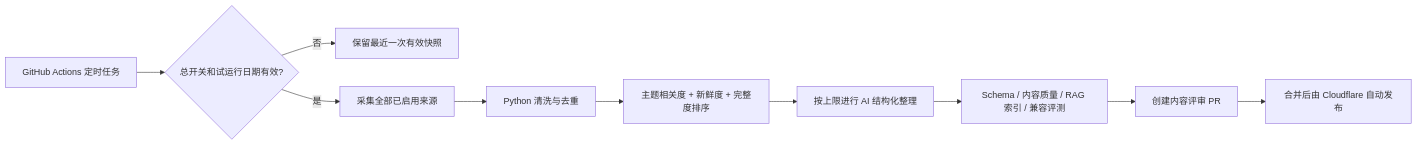
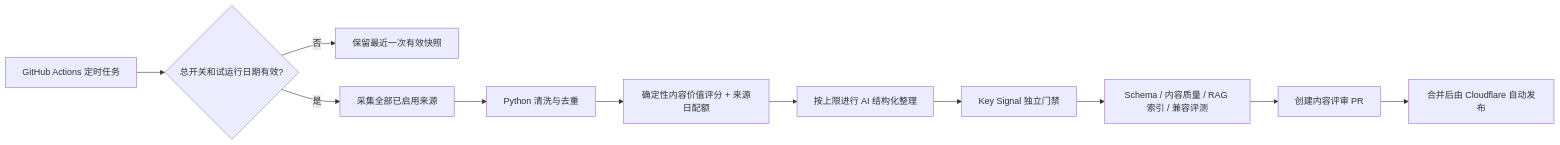
One commit to Dyj0926D/newseviday changed the diagram in docs/内容更新与存储策略.md. Above: the diagram before and after it, drawn with Mermaid. The commit also changed other lines of this file and 21 other files, not shown here.

````diff
--- a/docs/内容更新与存储策略.md
+++ b/docs/内容更新与存储策略.md
@@ -9,12 +9,13 @@
 ```mermaid
 flowchart LR
     Cron["GitHub Actions 定时任务"] --> Switch{"总开关和试运行日期有效?"}
     Switch -- 否 --> Keep["保留最近一次有效快照"]
     Switch -- 是 --> Fetch["采集全部已启用来源"]
     Fetch --> Dedup["Python 清洗与去重"]
-    Dedup --> Rank["主题相关度 + 新鲜度 + 完整度排序"]
+    Dedup --> Rank["确定性内容价值评分 + 来源日配额"]
     Rank --> Enrich["按上限进行 AI 结构化整理"]
-    Enrich --> Validate["Schema / 内容质量 / RAG 索引 / 兼容评测"]
+    Enrich --> Key["Key Signal 独立门禁"]
+    Key --> Validate["Schema / 内容质量 / RAG 索引 / 兼容评测"]
     Validate --> PR["创建内容评审 PR"]
     PR --> Publish["合并后由 Cloudflare 自动发布"]
 ```
````
